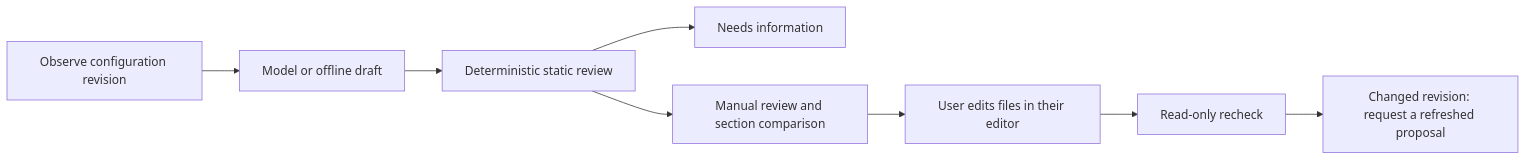
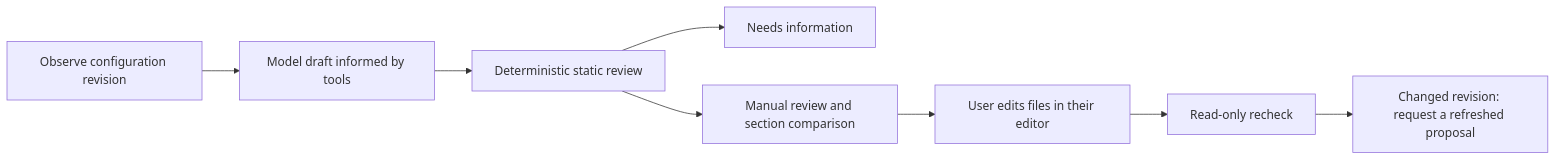
Before and after one commit to meltiseugen/KAI---Klipper-AI-Agent: the diagram in docs/investigations.md, drawn with Mermaid. The commit also changed other lines of this file and 326 other files, not shown here.

````diff
--- a/docs/investigations.md
+++ b/docs/investigations.md
@@ -103,10 +116,10 @@
 ```mermaid
 flowchart LR
-    Evidence[Observe configuration revision] --> Draft[Model or offline draft]
+    Evidence[Observe configuration revision] --> Draft[Model draft informed by tools]
     Draft --> Review[Deterministic static review]
     Review --> Missing[Needs information]
     Review --> Manual[Manual review and section comparison]
     Manual --> User[User edits files in their editor]
     User --> Recheck[Read-only recheck]
     Recheck --> Stale[Changed revision: request a refreshed proposal]
 ```
````
